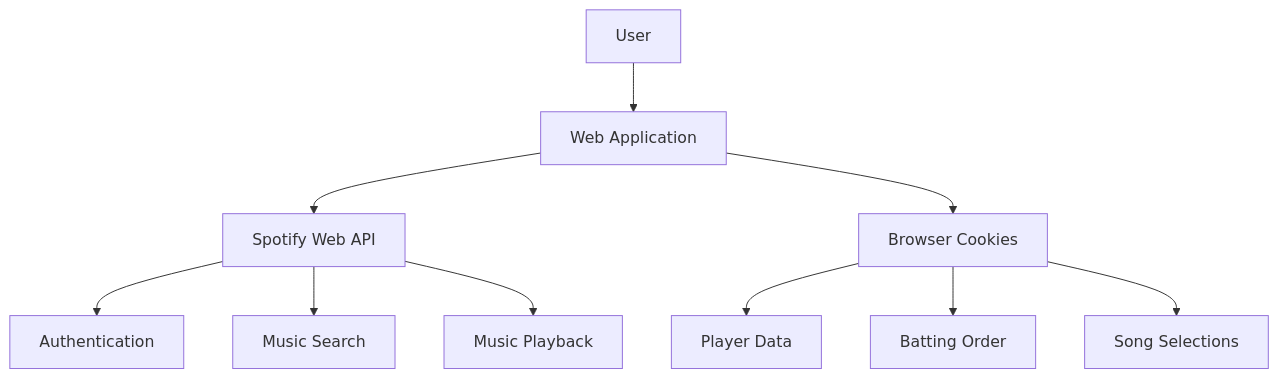
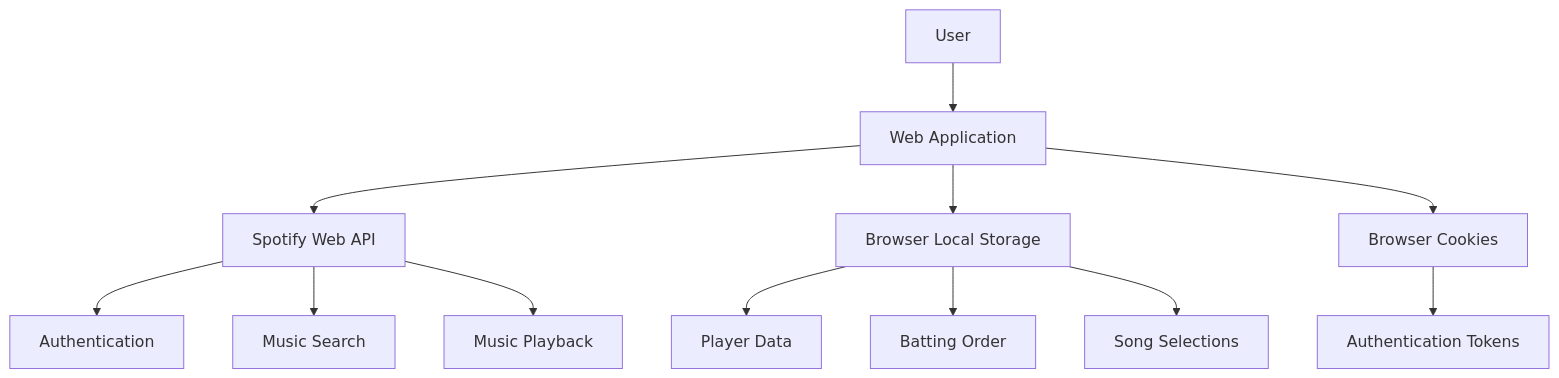
One commit to stags420/walkup_music changed the diagram in .kiro/specs/spotify-walkup-music/design.md. Above: the diagram before and after it, drawn with Mermaid. The commit also changed other lines of this file and 2 other files, not shown here.

Commit message:
update to use localstorage for app data

````diff
--- a/.kiro/specs/spotify-walkup-music/design.md
+++ b/.kiro/specs/spotify-walkup-music/design.md
@@ -15,12 +16,14 @@
 ```mermaid
 graph TD
     User[User] --> WebApp[Web Application]
     WebApp --> SpotifyAPI[Spotify Web API]
-    WebApp --> LocalStorage[Browser Cookies]
+    WebApp --> LocalStorage[Browser Local Storage]
+    WebApp --> Cookies[Browser Cookies]
     SpotifyAPI --> Authentication[Authentication]
     SpotifyAPI --> MusicSearch[Music Search]
     SpotifyAPI --> MusicPlayback[Music Playback]
     LocalStorage --> PlayerData[Player Data]
     LocalStorage --> BattingOrder[Batting Order]
     LocalStorage --> SongSelections[Song Selections]
+    Cookies --> AuthTokens[Authentication Tokens]
 ```
````
